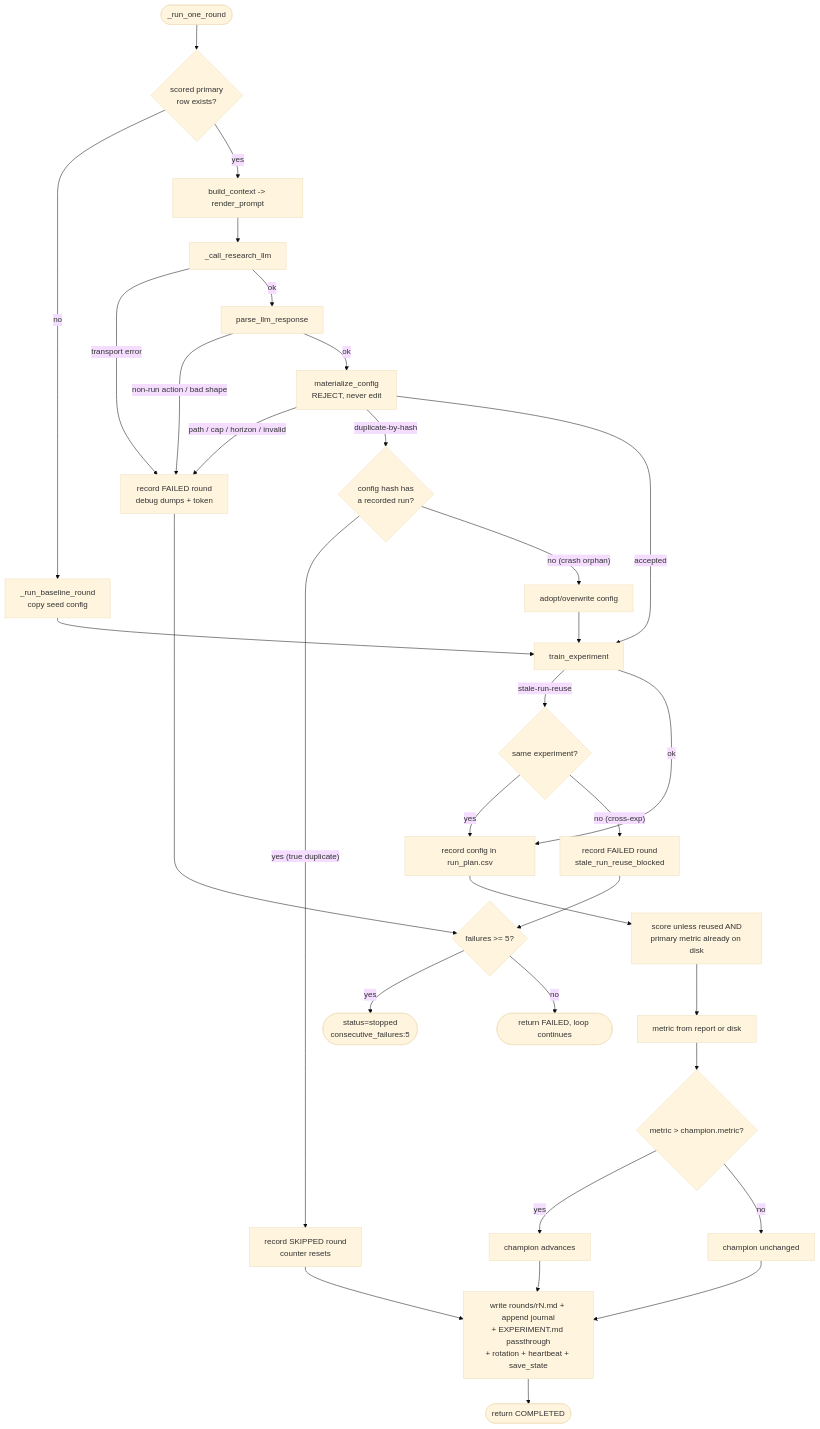
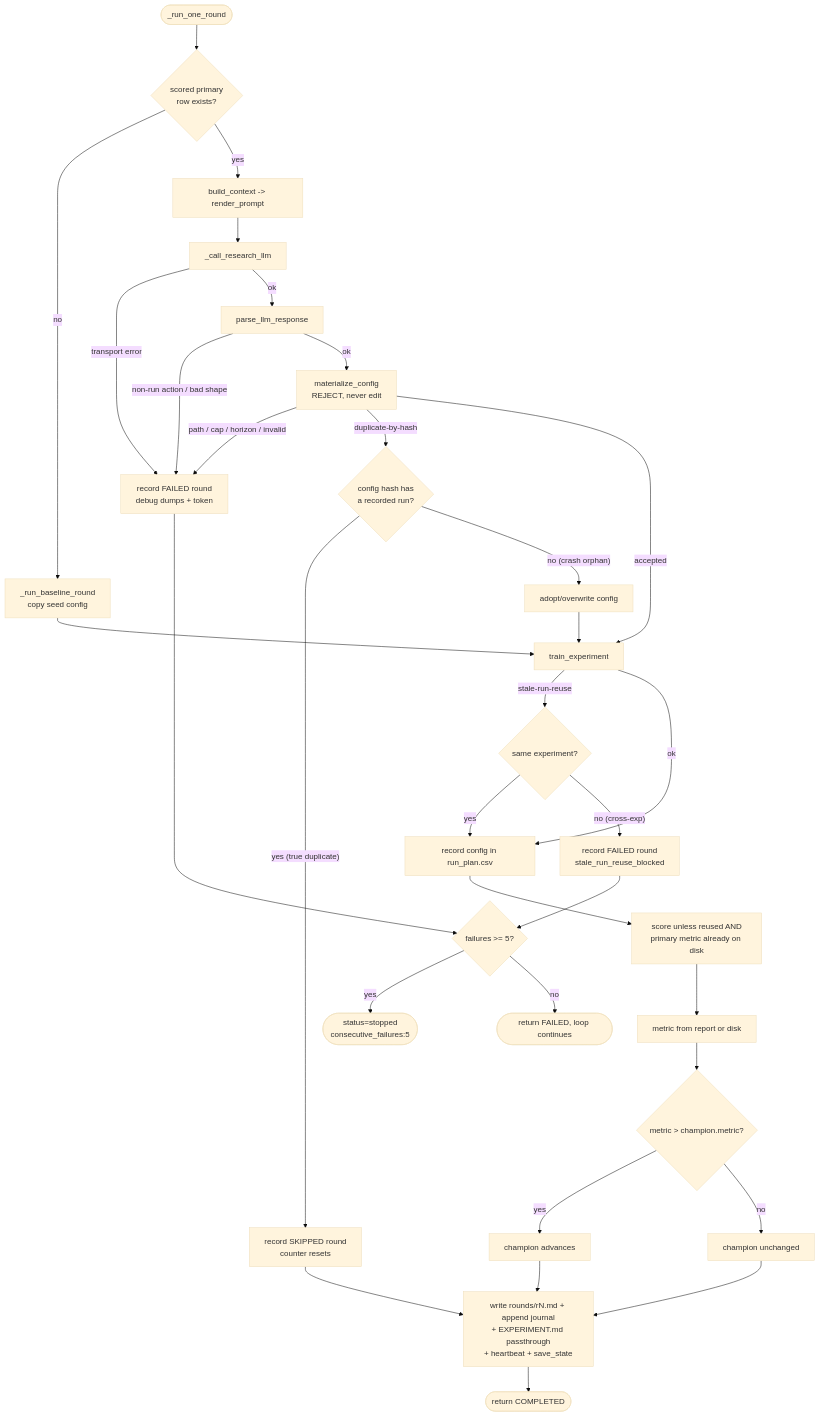
Before and after one commit to dshap474/numereng: the second of 2 diagrams in src/numereng/features/agentic_research/STATE_DIAGRAM.md, drawn with Mermaid (base theme). The commit also changed other lines of this file and 7 other files, not shown here.

````diff
--- a/src/numereng/features/agentic_research/STATE_DIAGRAM.md
+++ b/src/numereng/features/agentic_research/STATE_DIAGRAM.md
@@ -56,41 +56,41 @@
 ```mermaid
 flowchart TD
     Start([_run_one_round]) --> Base{scored primary<br/>row exists?}
 
     Base -- no --> Baseline[_run_baseline_round<br/>copy seed config]
     Baseline --> Train
 
     Base -- yes --> Ctx[build_context -> render_prompt]
     Ctx --> LLM[_call_research_llm]
     LLM -- transport error --> Fail[record FAILED round<br/>debug dumps + token]
     LLM -- ok --> Parse[parse_llm_response]
     Parse -- non-run action / bad shape --> Fail
     Parse -- ok --> Mat[materialize_config<br/>REJECT, never edit]
 
     Mat -- path / cap / horizon / invalid --> Fail
     Mat -- duplicate-by-hash --> Dedup{config hash has<br/>a recorded run?}
     Dedup -- yes (true duplicate) --> Skip[record SKIPPED round<br/>counter resets]
     Dedup -- no (crash orphan) --> Adopt[adopt/overwrite config] --> Train
 
     Mat -- accepted --> Train[train_experiment]
     Train -- stale-run-reuse --> Reuse{same experiment?}
     Reuse -- yes --> RecordPlan
     Reuse -- no (cross-exp) --> Fail2[record FAILED round<br/>stale_run_reuse_blocked]
     Train -- ok --> RecordPlan[record config in run_plan.csv]
 
     RecordPlan --> Score[score unless reused AND<br/>primary metric already on disk]
     Score --> Metric[metric from report or disk]
     Metric --> Champ{metric > champion.metric?}
     Champ -- yes --> Advance[champion advances]
     Champ -- no --> Keep[champion unchanged]
 
     Advance --> Persist
-    Keep --> Persist[write rounds/rN.md + append journal<br/>+ EXPERIMENT.md passthrough<br/>+ rotation + heartbeat + save_state]
+    Keep --> Persist[write rounds/rN.md + append journal<br/>+ EXPERIMENT.md passthrough<br/>+ heartbeat + save_state]
     Persist --> Done([return COMPLETED])
 
     Skip --> Persist
     Fail --> CheckBail{failures >= 5?}
     Fail2 --> CheckBail
     CheckBail -- yes --> Bail([status=stopped<br/>consecutive_failures:5])
     CheckBail -- no --> DoneFail([return FAILED, loop continues])
 ```
````
